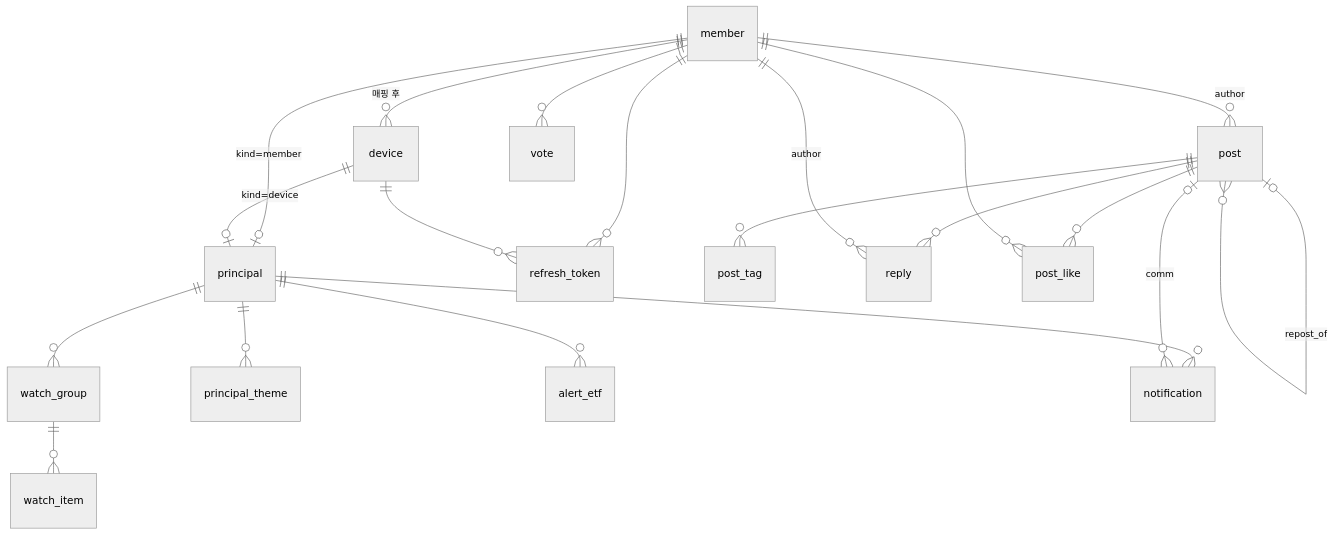
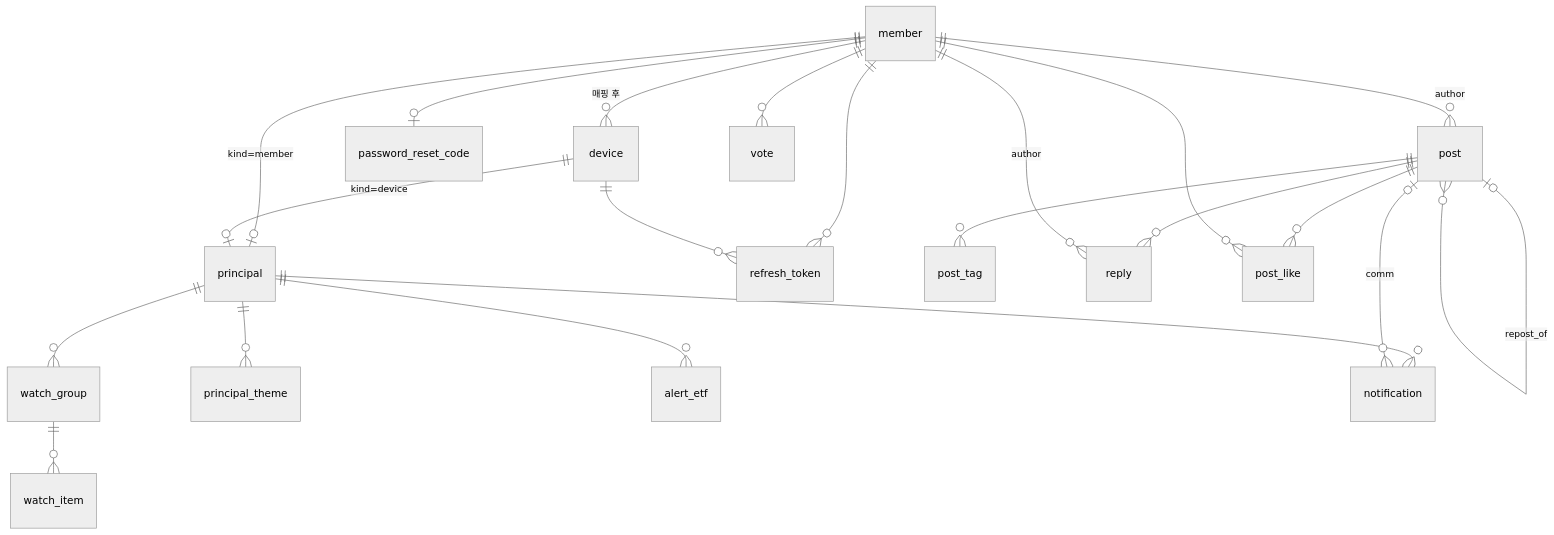
The first of 2 diagrams in src/apps/cloud/app-api/docs/erd.md (alphaeveryday/edge), drawn with Mermaid (neutral theme) before and after one commit. The commit also changed other lines of this file and 1 other file, not shown here.

First line of the commit message:
docs(app-api): 계약과 ERD 에 비밀번호 재설정 코드 확정 반영

````diff
--- a/src/apps/cloud/app-api/docs/erd.md
+++ b/src/apps/cloud/app-api/docs/erd.md
@@ -336,22 +347,23 @@
 ```mermaid
 erDiagram
     member ||--o| principal : "kind=member"
     device ||--o| principal : "kind=device"
     member ||--o{ device : "매핑 후"
     member ||--o{ refresh_token : ""
     device ||--o{ refresh_token : ""
+    member ||--o| password_reset_code : ""
     principal ||--o{ watch_group : ""
     watch_group ||--o{ watch_item : ""
     principal ||--o{ principal_theme : ""
     principal ||--o{ alert_etf : ""
     principal ||--o{ notification : ""
     member ||--o{ post : "author"
     post ||--o{ post_tag : ""
     post ||--o{ reply : ""
     post ||--o{ post_like : ""
     post o|--o{ post : "repost_of"
     member ||--o{ reply : "author"
     member ||--o{ post_like : ""
     member ||--o{ vote : ""
     post o|--o{ notification : "comm"
 ```
````
